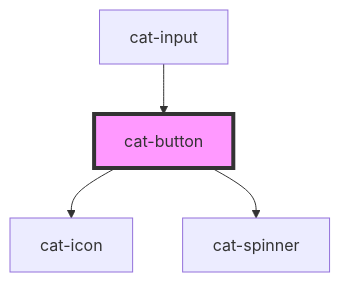
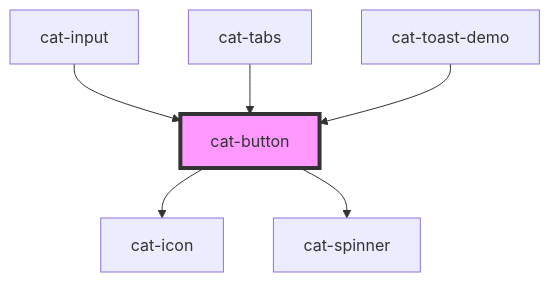
The diagram in core/src/components/cat-button/readme.md (haiilo/catalyst), drawn with Mermaid before and after one commit. The commit also changed other lines of this file and 6 other files, not shown here.

````diff
--- a/core/src/components/cat-button/readme.md
+++ b/core/src/components/cat-button/readme.md
@@ -74,7 +76,9 @@
 ```mermaid
 graph TD;
   cat-button --> cat-icon
   cat-button --> cat-spinner
   cat-input --> cat-button
+  cat-tabs --> cat-button
+  cat-toast-demo --> cat-button
   style cat-button fill:#f9f,stroke:#333,stroke-width:4px
 ```
````
